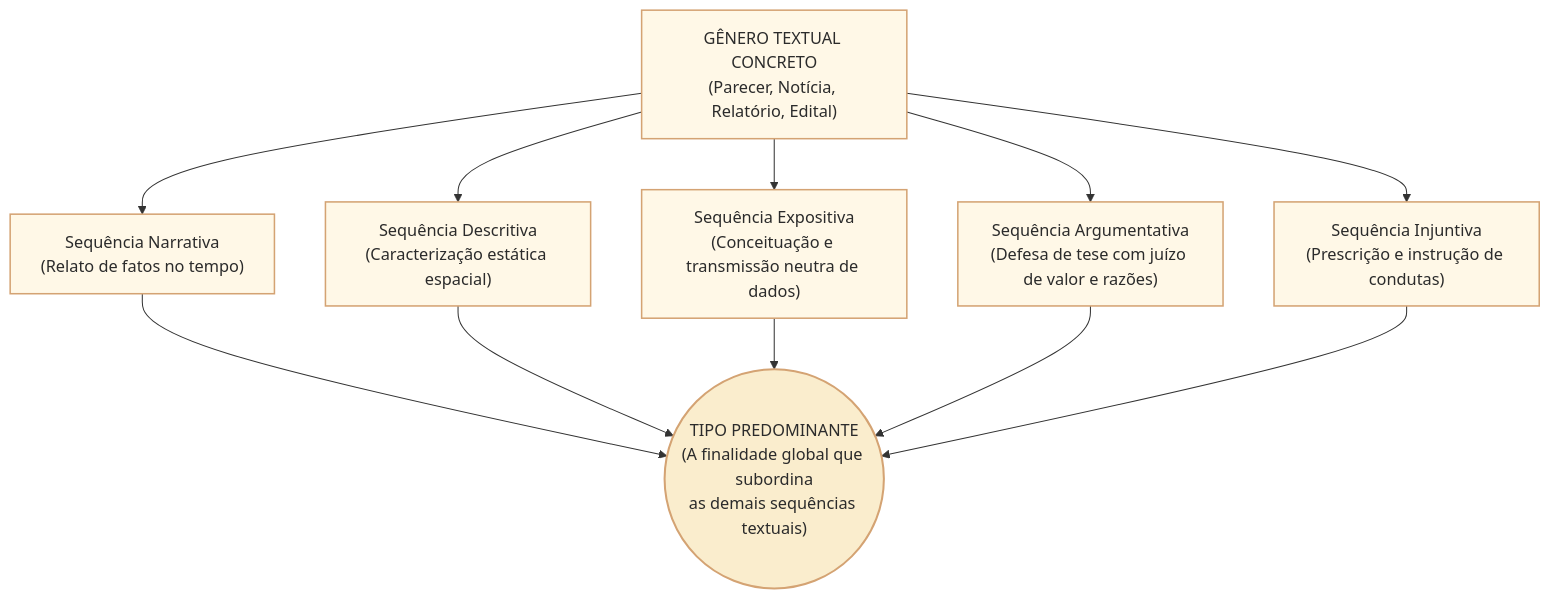
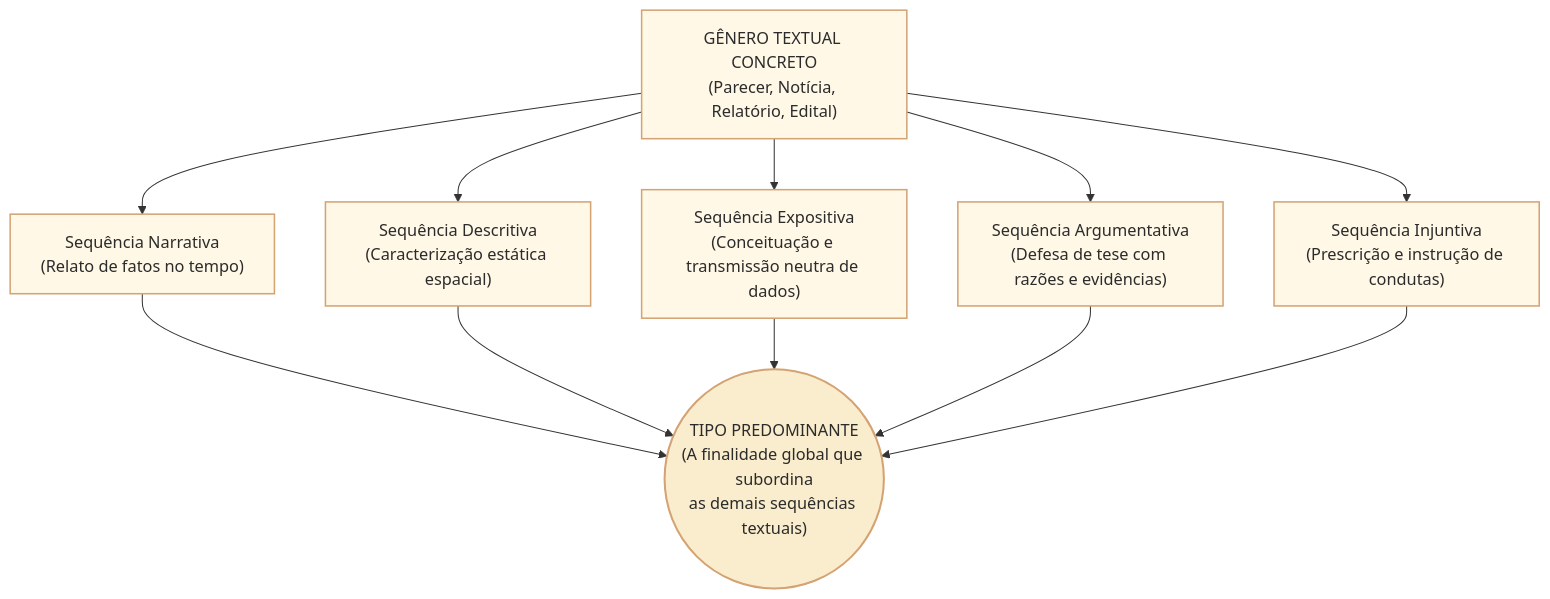
Before and after one commit to leorruas/concursos: the first of 4 diagrams in 3 - Materias/Portugues/15 - tipologia textual criterios de distincao e sequencias prototipicas.md, drawn with Mermaid. The commit also changed other lines of this file, not shown here.

````diff
--- a/3 - Materias/Portugues/15 - tipologia textual criterios de distincao e sequencias prototipicas.md
+++ b/3 - Materias/Portugues/15 - tipologia textual criterios de distincao e sequencias prototipicas.md
@@ -19,18 +19,18 @@
 ```mermaid
 flowchart TD
     classDef default fill:#fff8e7,stroke:#d4a373,stroke-width:1.5px,color:#2b2b2b;
     classDef centro fill:#faedcd,stroke:#d4a373,stroke-width:2px,color:#2b2b2b;
 
     G["GÊNERO TEXTUAL CONCRETO<br>(Parecer, Notícia, Relatório, Edital)"]
 
     S1["Sequência Narrativa<br>(Relato de fatos no tempo)"]
     S2["Sequência Descritiva<br>(Caracterização estática espacial)"]
     S3["Sequência Expositiva<br>(Conceituação e transmissão neutra de dados)"]
-    S4["Sequência Argumentativa<br>(Defesa de tese com juízo de valor e razões)"]
+    S4["Sequência Argumentativa<br>(Defesa de tese com razões e evidências)"]
     S5["Sequência Injuntiva<br>(Prescrição e instrução de condutas)"]
 
     PRED(("TIPO PREDOMINANTE<br>(A finalidade global que subordina<br>as demais sequências textuais)")):::centro
 
     G --> S1 & S2 & S3 & S4 & S5
     S1 & S2 & S3 & S4 & S5 --> PRED
 ```
````
